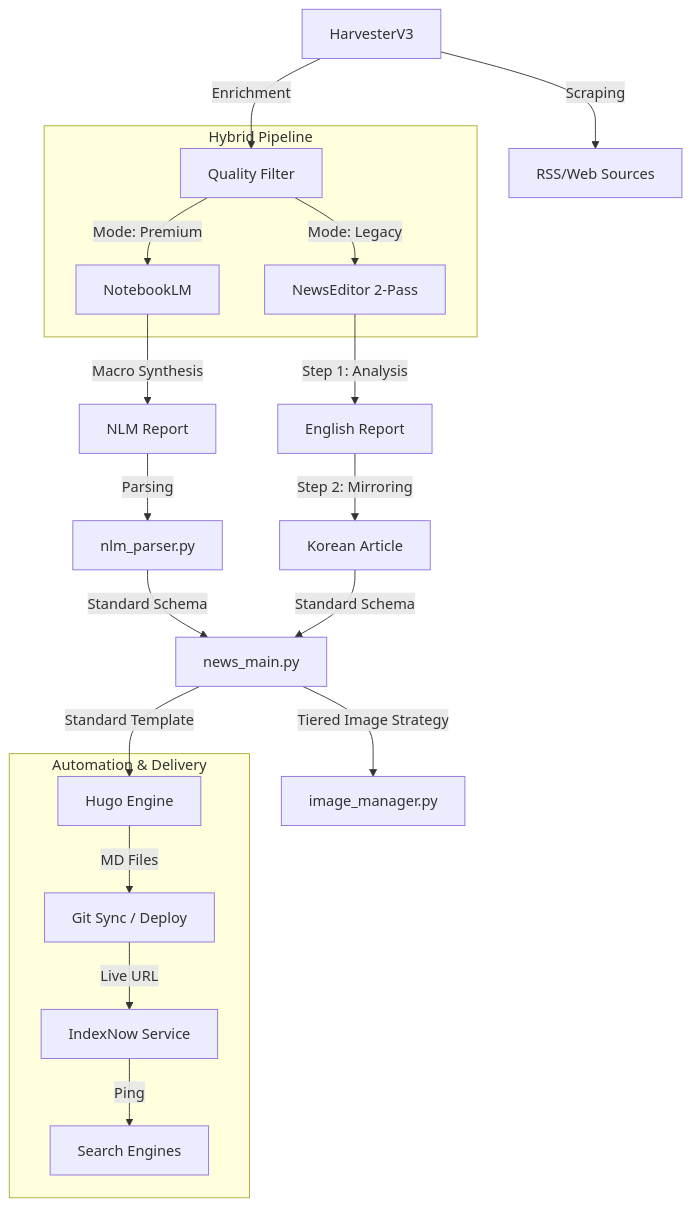
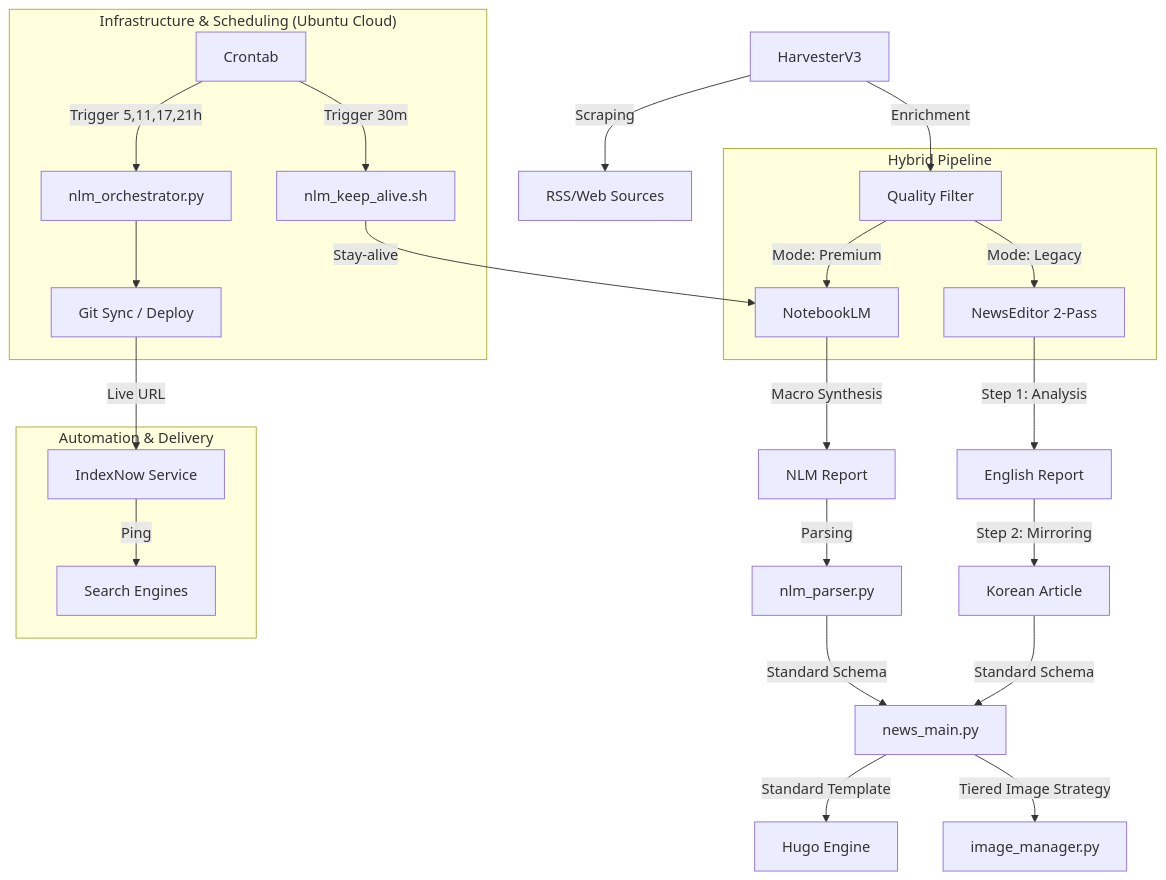
Before and after one commit to ff8scall/blog: the diagram in .gravityBrain/SYSTEM_MAP.md, drawn with Mermaid. The commit also changed other lines of this file and 6 other files, not shown here.

````diff
--- a/.gravityBrain/SYSTEM_MAP.md
+++ b/.gravityBrain/SYSTEM_MAP.md
@@ -4,28 +4,34 @@
 ```mermaid
 graph TD
     A[HarvesterV3] -->|Scraping| B[RSS/Web Sources]
     A -->|Enrichment| C[Quality Filter]
     
     subgraph "Hybrid Pipeline"
         C -->|Mode: Premium| D[NotebookLM]
         C -->|Mode: Legacy| K[NewsEditor 2-Pass]
     end
     
     D -->|Macro Synthesis| E[NLM Report]
     E -->|Parsing| F[nlm_parser.py]
     
     K -->|Step 1: Analysis| K1[English Report]
     K1 -->|Step 2: Mirroring| K2[Korean Article]
     
     F -->|Standard Schema| H[news_main.py]
     K2 -->|Standard Schema| H
     
     H -->|Standard Template| I[Hugo Engine]
     H -->|Tiered Image Strategy| J[image_manager.py]
     
+    subgraph "Infrastructure & Scheduling (Ubuntu Cloud)"
+        S[Crontab] -->|Trigger 5,11,17,21h| T[nlm_orchestrator.py]
+        S -->|Trigger 30m| U[nlm_keep_alive.sh]
+        T --> M
+        U -->|Stay-alive| D
+    end
+    
     subgraph "Automation & Delivery"
-        I -->|MD Files| M[Git Sync / Deploy]
-        M -->|Live URL| N[IndexNow Service]
+        M[Git Sync / Deploy] -->|Live URL| N[IndexNow Service]
         N -->|Ping| O[Search Engines]
     end
 ```
````
